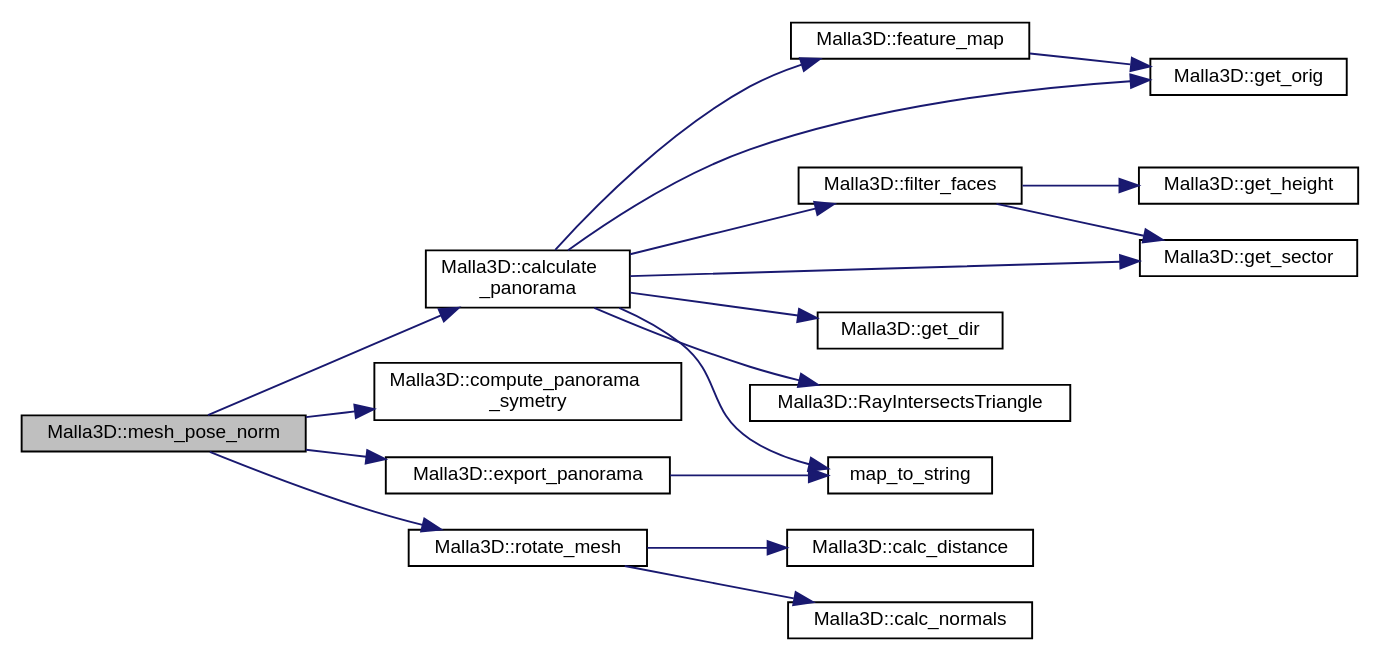
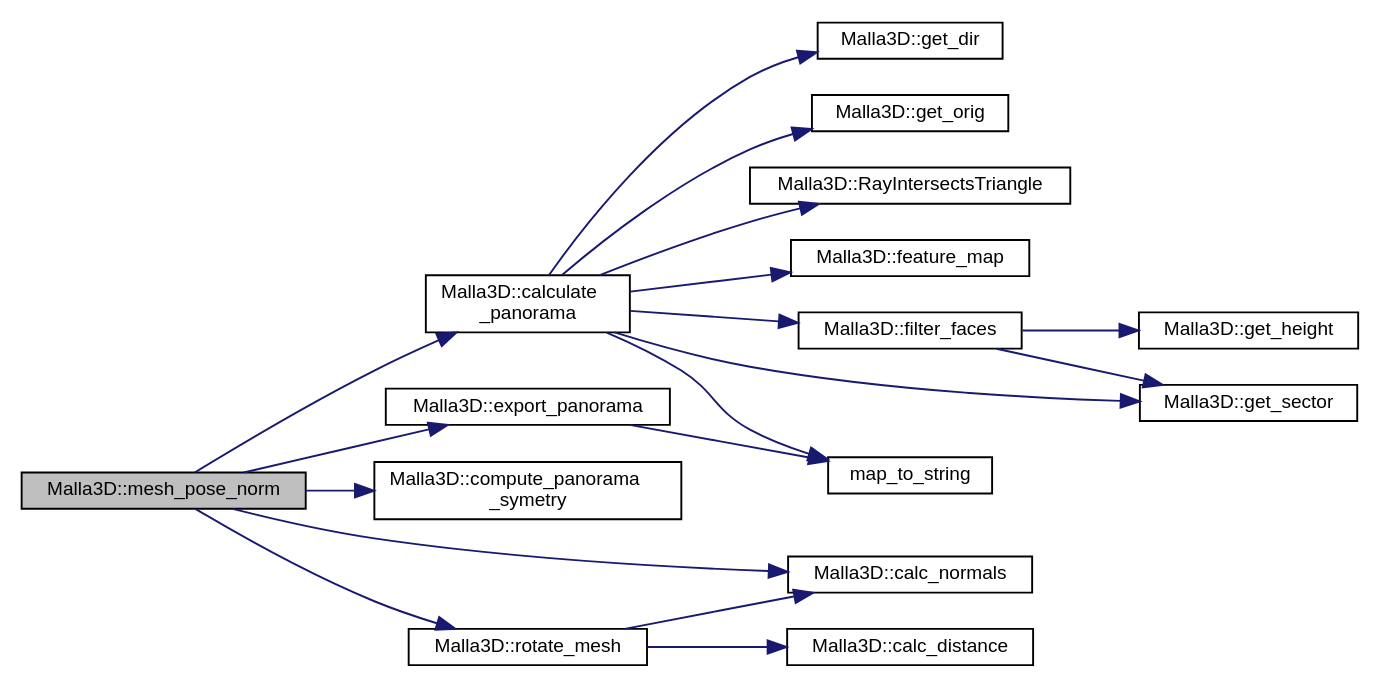
One commit to Alexmnzlms/panorama_extended changed the diagram in classMalla3D_a2aecb9ccfffa78afc377bae14adbea83_cgraph.dot. Above: the diagram before and after it, drawn with Graphviz. The commit also changed 5 other files, not shown here.

```diff
--- a/classMalla3D_a2aecb9ccfffa78afc377bae14adbea83_cgraph.dot
+++ b/classMalla3D_a2aecb9ccfffa78afc377bae14adbea83_cgraph.dot
@@ -1,39 +1,39 @@
 digraph "Malla3D::mesh_pose_norm"
 {
  // LATEX_PDF_SIZE
   edge [fontname="Helvetica",fontsize="10",labelfontname="Helvetica",labelfontsize="10"];
   node [fontname="Helvetica",fontsize="10",shape=record];
   rankdir="LR";
   Node1 [label="Malla3D::mesh_pose_norm",height=0.2,width=0.4,color="black", fillcolor="grey75", style="filled", fontcolor="black",tooltip="Compute the angle that normalize pose of 3d mesh."];
   Node1 -> Node2 [color="midnightblue",fontsize="10",style="solid",fontname="Helvetica"];
-  Node2 [label="Malla3D::calculate\l_panorama",height=0.2,width=0.4,color="black", fillcolor="white", style="filled",URL="$classMalla3D.html#a62a468f594ed9248bfb756207d79bca9",tooltip="Calculate PANORAMA [extended] representation of the 3D mesh."];
-  Node2 -> Node3 [color="midnightblue",fontsize="10",style="solid",fontname="Helvetica"];
-  Node3 [label="Malla3D::feature_map",height=0.2,width=0.4,color="black", fillcolor="white", style="filled",URL="$classMalla3D.html#a53eb9ced89bed71cde349000139cecda",tooltip="Compute the feature map specified ."];
+  Node2 [label="Malla3D::calc_normals",height=0.2,width=0.4,color="black", fillcolor="white", style="filled",URL="$classMalla3D.html#a5e89df2d0021683c8815b42d3219fe26",tooltip="Calculate normals of mesh faces."];
+  Node1 -> Node3 [color="midnightblue",fontsize="10",style="solid",fontname="Helvetica"];
+  Node3 [label="Malla3D::calculate\l_panorama",height=0.2,width=0.4,color="black", fillcolor="white", style="filled",URL="$classMalla3D.html#a62a468f594ed9248bfb756207d79bca9",tooltip="Calculate PANORAMA [extended] representation of the 3D mesh."];
   Node3 -> Node4 [color="midnightblue",fontsize="10",style="solid",fontname="Helvetica"];
-  Node4 [label="Malla3D::get_orig",height=0.2,width=0.4,color="black", fillcolor="white", style="filled",URL="$classMalla3D.html#ac1801ab429f5d4531a48016d8629efce",tooltip="Get origin of ray based on axis and height."];
-  Node2 -> Node5 [color="midnightblue",fontsize="10",style="solid",fontname="Helvetica"];
+  Node4 [label="Malla3D::feature_map",height=0.2,width=0.4,color="black", fillcolor="white", style="filled",URL="$classMalla3D.html#af31e0135d4e38023e1cb13784247c7d3",tooltip="Compute the feature map specified ."];
+  Node3 -> Node5 [color="midnightblue",fontsize="10",style="solid",fontname="Helvetica"];
   Node5 [label="Malla3D::filter_faces",height=0.2,width=0.4,color="black", fillcolor="white", style="filled",URL="$classMalla3D.html#a7ea87c0adeb5a82ff56d04088c78688b",tooltip="Separates the faces of the mesh according to their height and sector."];
   Node5 -> Node6 [color="midnightblue",fontsize="10",style="solid",fontname="Helvetica"];
   Node6 [label="Malla3D::get_height",height=0.2,width=0.4,color="black", fillcolor="white", style="filled",URL="$classMalla3D.html#a01febaaa4fb630d6c3b62590ff740e51",tooltip="Get height of a division of the cylinder."];
   Node5 -> Node7 [color="midnightblue",fontsize="10",style="solid",fontname="Helvetica"];
   Node7 [label="Malla3D::get_sector",height=0.2,width=0.4,color="black", fillcolor="white", style="filled",URL="$classMalla3D.html#a1bce49b0d0ef934299b68cd8f29626f6",tooltip="Get sector of a point."];
-  Node2 -> Node8 [color="midnightblue",fontsize="10",style="solid",fontname="Helvetica"];
+  Node3 -> Node8 [color="midnightblue",fontsize="10",style="solid",fontname="Helvetica"];
   Node8 [label="Malla3D::get_dir",height=0.2,width=0.4,color="black", fillcolor="white", style="filled",URL="$classMalla3D.html#a6316e6fd15009373da175d7e8a7dd978",tooltip="Get direction of ray based on axis and angle."];
-  Node2 -> Node4 [color="midnightblue",fontsize="10",style="solid",fontname="Helvetica"];
-  Node2 -> Node7 [color="midnightblue",fontsize="10",style="solid",fontname="Helvetica"];
-  Node2 -> Node9 [color="midnightblue",fontsize="10",style="solid",fontname="Helvetica"];
-  Node9 [label="map_to_string",height=0.2,width=0.4,color="black", fillcolor="white", style="filled",URL="$aux_8h.html#aee40fe119b557ef2e8c1b596fd28c0b5",tooltip="Convert enum Map to std::string c++ type."];
-  Node2 -> Node10 [color="midnightblue",fontsize="10",style="solid",fontname="Helvetica"];
-  Node10 [label="Malla3D::RayIntersectsTriangle",height=0.2,width=0.4,color="black", fillcolor="white", style="filled",URL="$classMalla3D.html#a16cfe88c11a5a9ab468833cc412b4ba3",tooltip="Compute Ray-Triangle Intersection using Möller-Trumbore algorithm."];
-  Node1 -> Node11 [color="midnightblue",fontsize="10",style="solid",fontname="Helvetica"];
-  Node11 [label="Malla3D::compute_panorama\l_symetry",height=0.2,width=0.4,color="black", fillcolor="white", style="filled",URL="$classMalla3D.html#ac01f122da2498b91c843ae328f557ea1",tooltip="Computes symetry function of PANORAMA representation."];
+  Node3 -> Node9 [color="midnightblue",fontsize="10",style="solid",fontname="Helvetica"];
+  Node9 [label="Malla3D::get_orig",height=0.2,width=0.4,color="black", fillcolor="white", style="filled",URL="$classMalla3D.html#ac1801ab429f5d4531a48016d8629efce",tooltip="Get origin of ray based on axis and height."];
+  Node3 -> Node7 [color="midnightblue",fontsize="10",style="solid",fontname="Helvetica"];
+  Node3 -> Node10 [color="midnightblue",fontsize="10",style="solid",fontname="Helvetica"];
+  Node10 [label="map_to_string",height=0.2,width=0.4,color="black", fillcolor="white", style="filled",URL="$aux_8h.html#aee40fe119b557ef2e8c1b596fd28c0b5",tooltip="Convert enum Map to std::string c++ type."];
+  Node3 -> Node11 [color="midnightblue",fontsize="10",style="solid",fontname="Helvetica"];
+  Node11 [label="Malla3D::RayIntersectsTriangle",height=0.2,width=0.4,color="black", fillcolor="white", style="filled",URL="$classMalla3D.html#a16cfe88c11a5a9ab468833cc412b4ba3",tooltip="Compute Ray-Triangle Intersection using Möller-Trumbore algorithm."];
   Node1 -> Node12 [color="midnightblue",fontsize="10",style="solid",fontname="Helvetica"];
-  Node12 [label="Malla3D::export_panorama",height=0.2,width=0.4,color="black", fillcolor="white", style="filled",URL="$classMalla3D.html#a5be50fdc0d9130648c05451abdae00fb",tooltip="Export PANORAMA representation to a png image."];
-  Node12 -> Node9 [color="midnightblue",fontsize="10",style="solid",fontname="Helvetica"];
+  Node12 [label="Malla3D::compute_panorama\l_symetry",height=0.2,width=0.4,color="black", fillcolor="white", style="filled",URL="$classMalla3D.html#ac01f122da2498b91c843ae328f557ea1",tooltip="Computes symetry function of PANORAMA representation."];
   Node1 -> Node13 [color="midnightblue",fontsize="10",style="solid",fontname="Helvetica"];
-  Node13 [label="Malla3D::rotate_mesh",height=0.2,width=0.4,color="black", fillcolor="white", style="filled",URL="$classMalla3D.html#a16fdfd8b127a8f5795a8d2b5f9bd996d",tooltip="Rotate the mesh."];
-  Node13 -> Node14 [color="midnightblue",fontsize="10",style="solid",fontname="Helvetica"];
-  Node14 [label="Malla3D::calc_distance",height=0.2,width=0.4,color="black", fillcolor="white", style="filled",URL="$classMalla3D.html#aa737de641d8f52b3e5e764bbade4aa98",tooltip="Calculate maximun distance from centroid."];
-  Node13 -> Node15 [color="midnightblue",fontsize="10",style="solid",fontname="Helvetica"];
-  Node15 [label="Malla3D::calc_normals",height=0.2,width=0.4,color="black", fillcolor="white", style="filled",URL="$classMalla3D.html#a5e89df2d0021683c8815b42d3219fe26",tooltip="Calculate normals of mesh faces."];
+  Node13 [label="Malla3D::export_panorama",height=0.2,width=0.4,color="black", fillcolor="white", style="filled",URL="$classMalla3D.html#a5be50fdc0d9130648c05451abdae00fb",tooltip="Export PANORAMA representation to a png image."];
+  Node13 -> Node10 [color="midnightblue",fontsize="10",style="solid",fontname="Helvetica"];
+  Node1 -> Node14 [color="midnightblue",fontsize="10",style="solid",fontname="Helvetica"];
+  Node14 [label="Malla3D::rotate_mesh",height=0.2,width=0.4,color="black", fillcolor="white", style="filled",URL="$classMalla3D.html#a16fdfd8b127a8f5795a8d2b5f9bd996d",tooltip="Rotate the mesh."];
+  Node14 -> Node15 [color="midnightblue",fontsize="10",style="solid",fontname="Helvetica"];
+  Node15 [label="Malla3D::calc_distance",height=0.2,width=0.4,color="black", fillcolor="white", style="filled",URL="$classMalla3D.html#aa737de641d8f52b3e5e764bbade4aa98",tooltip="Calculate maximun distance from centroid."];
+  Node14 -> Node2 [color="midnightblue",fontsize="10",style="solid",fontname="Helvetica"];
 }
```
